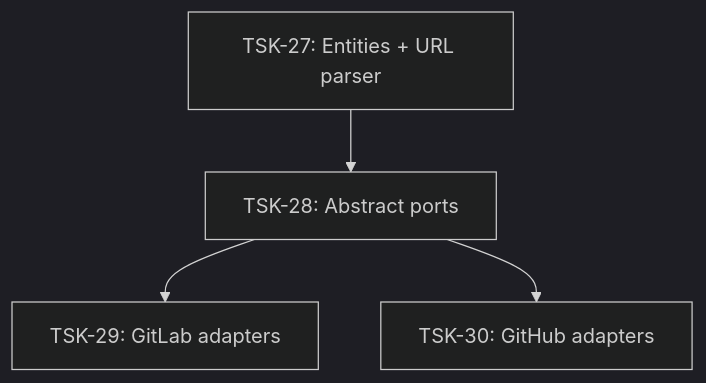
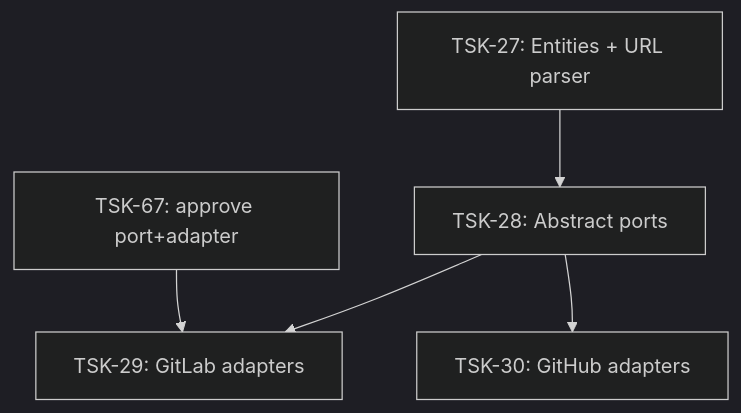
One commit to RubaXa/gennady changed the diagram in tasks/vcs/README.md. Above: the diagram before and after it, drawn with Mermaid (dark theme). The commit also changed other lines of this file and 18 other files, not shown here.

````diff
--- a/tasks/vcs/README.md
+++ b/tasks/vcs/README.md
@@ -17,10 +17,12 @@
 ```mermaid
 graph TD
     TSK-27[TSK-27: Entities + URL parser]
     TSK-28[TSK-28: Abstract ports]
     TSK-29[TSK-29: GitLab adapters]
     TSK-30[TSK-30: GitHub adapters]
     TSK-27 --> TSK-28
     TSK-28 --> TSK-29
     TSK-28 --> TSK-30
+    TSK-67[TSK-67: approve port+adapter]
+    TSK-67 --> TSK-29
 ```
````
